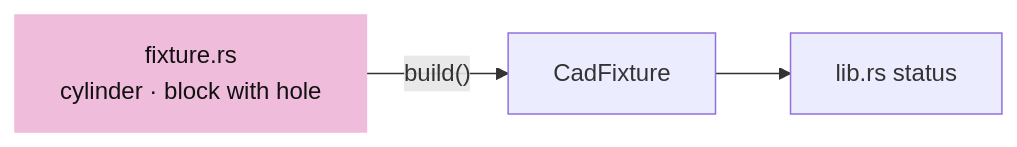
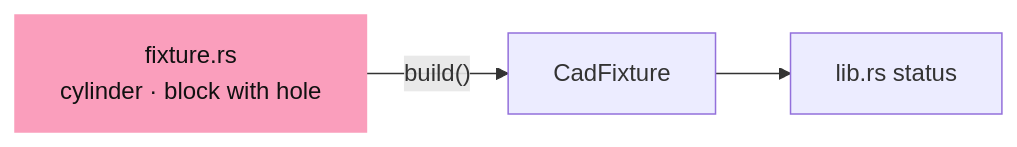
One commit to petrasvestartas/session changed the tenth of 10 diagrams in session_viewer/docs/07-boundaries.md. Above: the diagram before and after it, drawn with Mermaid. The commit also changed other lines of this file and 328 other files, not shown here.

First line of the commit message:
Course: the palette you sent, and mermaid drawn like the drawings

````diff
--- a/session_viewer/docs/07-boundaries.md
+++ b/session_viewer/docs/07-boundaries.md
@@ -278,6 +278,6 @@
 ```mermaid
 flowchart LR
     X["fixture.rs<br/>cylinder · block with hole"] -- "build()" --> F["CadFixture"]
     F --> L["lib.rs status"]
-    style X fill:#f0bcdb,stroke:#f0bcdb,color:#111
+    style X fill:#fa9ebc,stroke:#fa9ebc,color:#111
 ```
````
